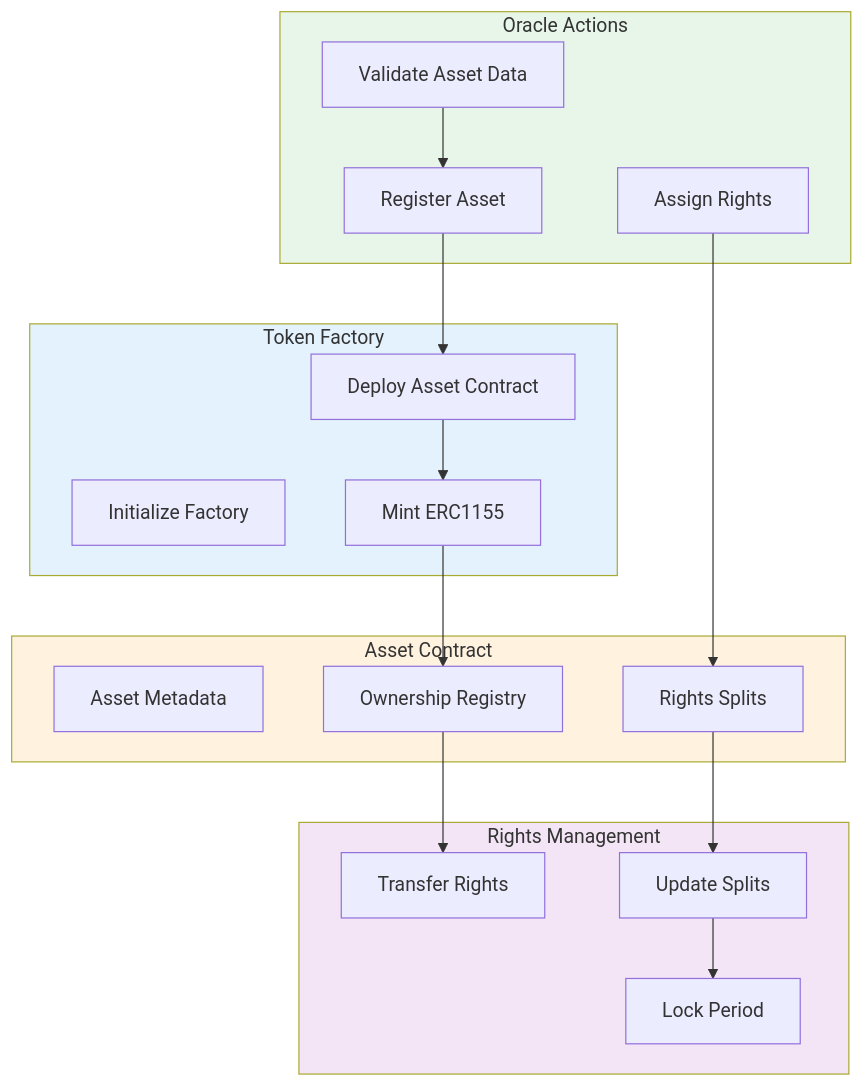
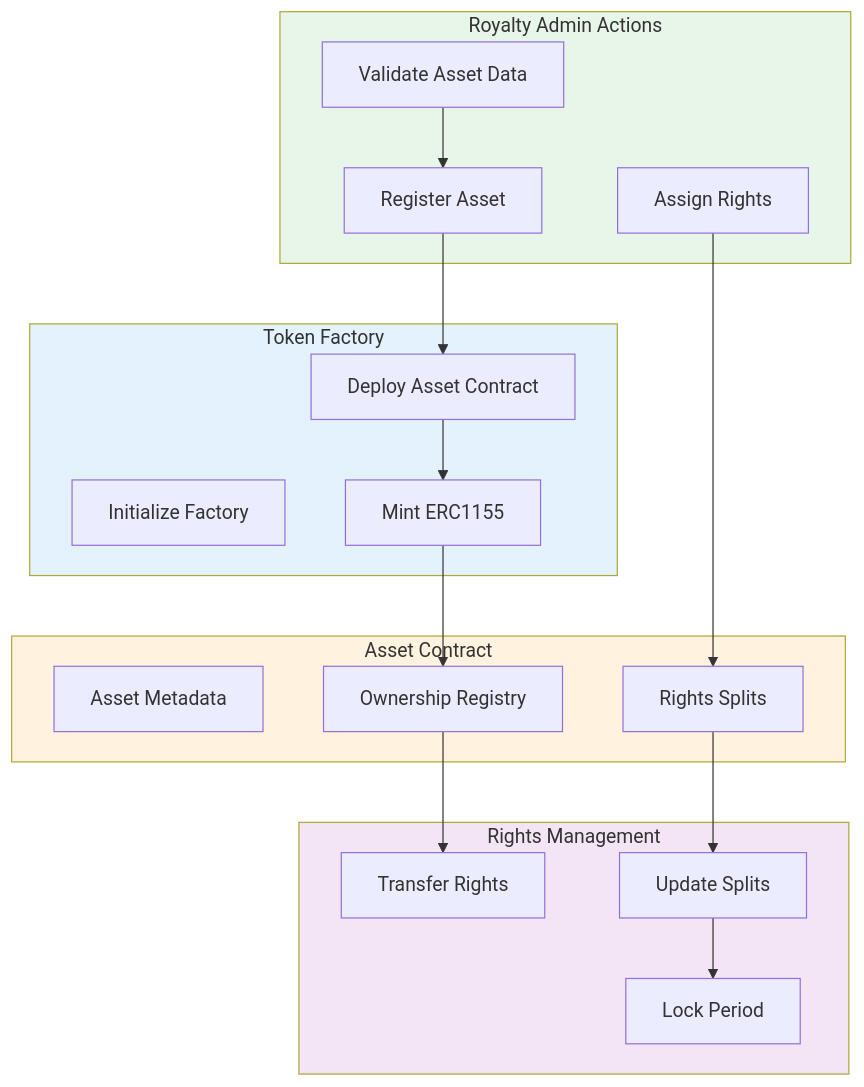
One commit to originalworks/gitbook changed the diagram in resources/token-factory-contract-interaction-flow.md. Above: the diagram before and after it, drawn with Mermaid. The commit also changed 12 other files, not shown here.

````diff
--- a/resources/token-factory-contract-interaction-flow.md
+++ b/resources/token-factory-contract-interaction-flow.md
@@ -1,41 +1,41 @@
 ```mermaid
 flowchart TB
     subgraph TokenFactory["Token Factory"]
         init["Initialize Factory"]
         deploy["Deploy Asset Contract"]
         mint["Mint ERC1155"]
     end
 
     subgraph AssetContract["Asset Contract"]
         metadata["Asset Metadata"]
         ownership["Ownership Registry"]
         splits["Rights Splits"]
     end
 
-    subgraph Oracle["Oracle Actions"]
+    subgraph RoyaltyAdmin["Royalty Admin Actions"]
         validate["Validate Asset Data"]
         register["Register Asset"]
         assign["Assign Rights"]
     end
 
     subgraph Rights["Rights Management"]
         transfer["Transfer Rights"]
         update["Update Splits"]
         lock["Lock Period"]
     end
 
     validate --> register
     register --> deploy
     deploy --> mint
     mint --> ownership
     assign --> splits
     
     ownership --> transfer
     splits --> update
     update --> lock
 
     style TokenFactory fill:#e3f2fd
     style AssetContract fill:#fff3e0
-    style Oracle fill:#e8f5e9
+    style RoyaltyAdmin fill:#e8f5e9
     style Rights fill:#f3e5f5
 ```
````
